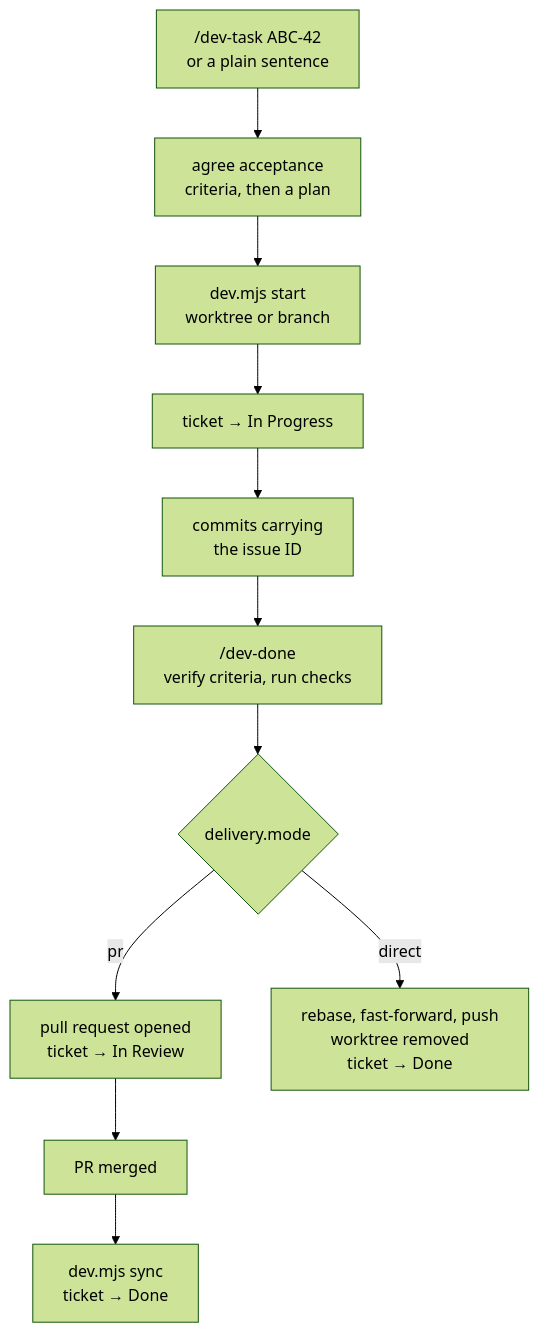
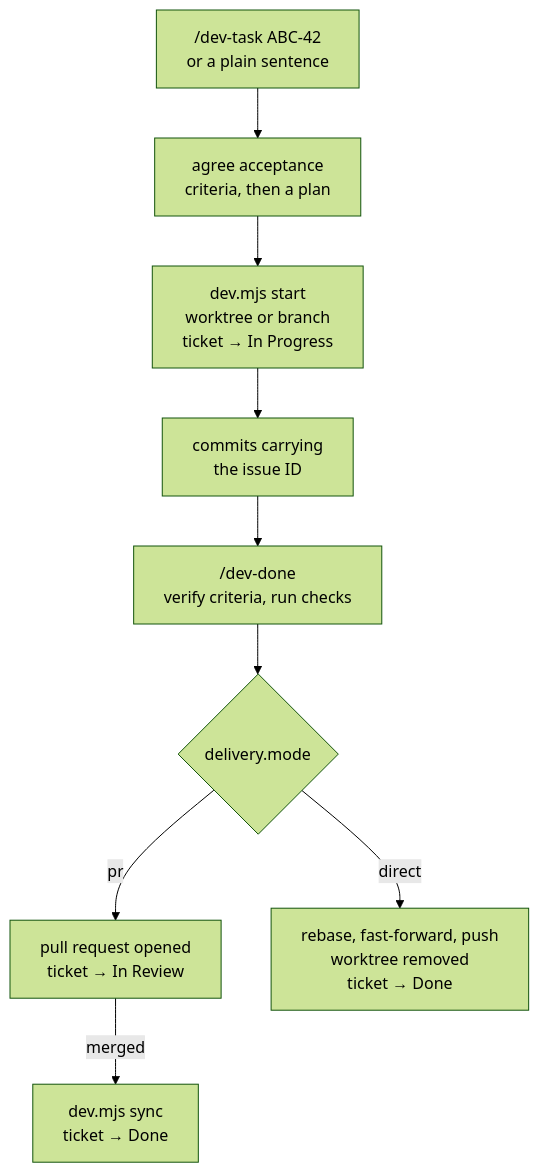
Before and after one commit to ayhid/claude-dev-workflow: the first of 2 diagrams in README.md, drawn with Mermaid (forest theme). The commit also changed other lines of this file, not shown here.

Commit message:
docs(no-ticket): put the quick start above the lifecycle diagram
Top-down made the diagram legible but tall enough to push the quick start below
the fold, which fights the thing this pass is for. A runnable command comes
first; the diagram explains what just happened, under its own heading so the
outline names it.

Also merged two nodes into an edge label — 'PR merged' is a transition, not a
step someone takes.

````diff
--- a/README.md
+++ b/README.md
@@ -14,13 +57,11 @@
 ```mermaid
 flowchart TD
     A["/dev-task ABC-42<br/>or a plain sentence"] --> B["agree acceptance<br/>criteria, then a plan"]
-    B --> C["dev.mjs start<br/>worktree or branch"]
-    C --> D["ticket → In Progress"]
-    D --> E["commits carrying<br/>the issue ID"]
-    E --> F["/dev-done<br/>verify criteria, run checks"]
-    F --> G{"delivery.mode"}
-    G -- "pr" --> H["pull request opened<br/>ticket → In Review"]
-    H --> I["PR merged"]
-    I --> J["dev.mjs sync<br/>ticket → Done"]
-    G -- "direct" --> K["rebase, fast-forward, push<br/>worktree removed<br/>ticket → Done"]
+    B --> C["dev.mjs start<br/>worktree or branch<br/>ticket → In Progress"]
+    C --> D["commits carrying<br/>the issue ID"]
+    D --> E["/dev-done<br/>verify criteria, run checks"]
+    E --> F{"delivery.mode"}
+    F -- "pr" --> G["pull request opened<br/>ticket → In Review"]
+    G -- "merged" --> H["dev.mjs sync<br/>ticket → Done"]
+    F -- "direct" --> I["rebase, fast-forward, push<br/>worktree removed<br/>ticket → Done"]
 ```
````
